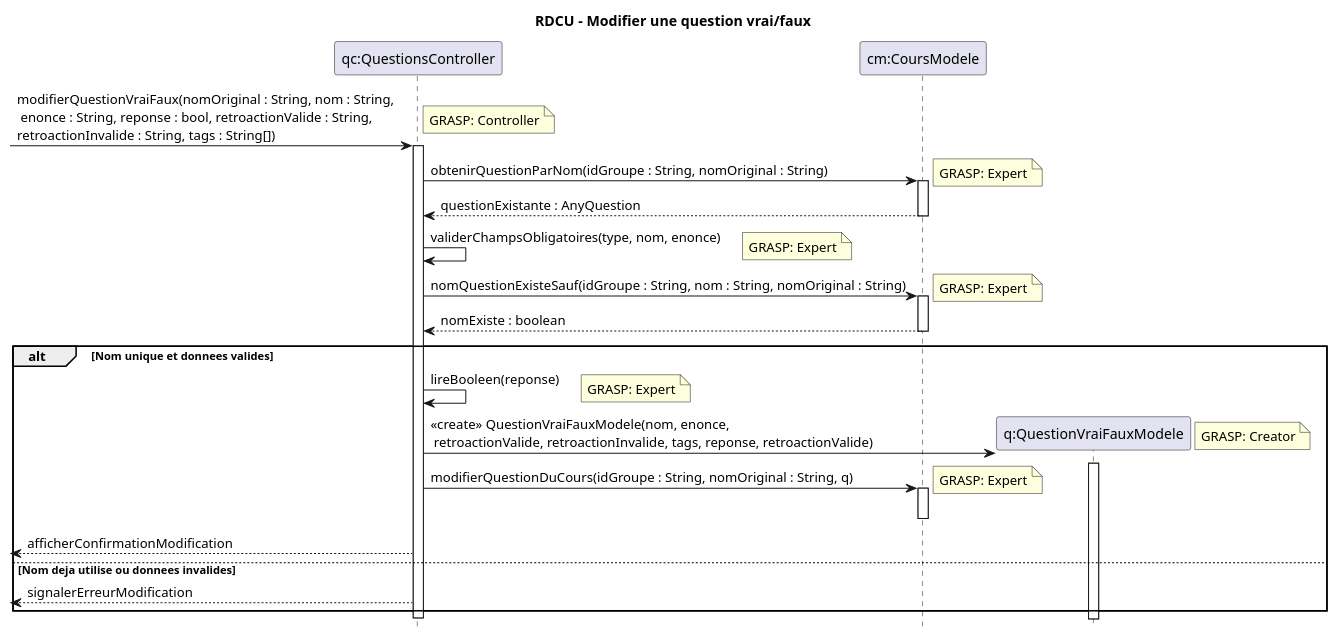
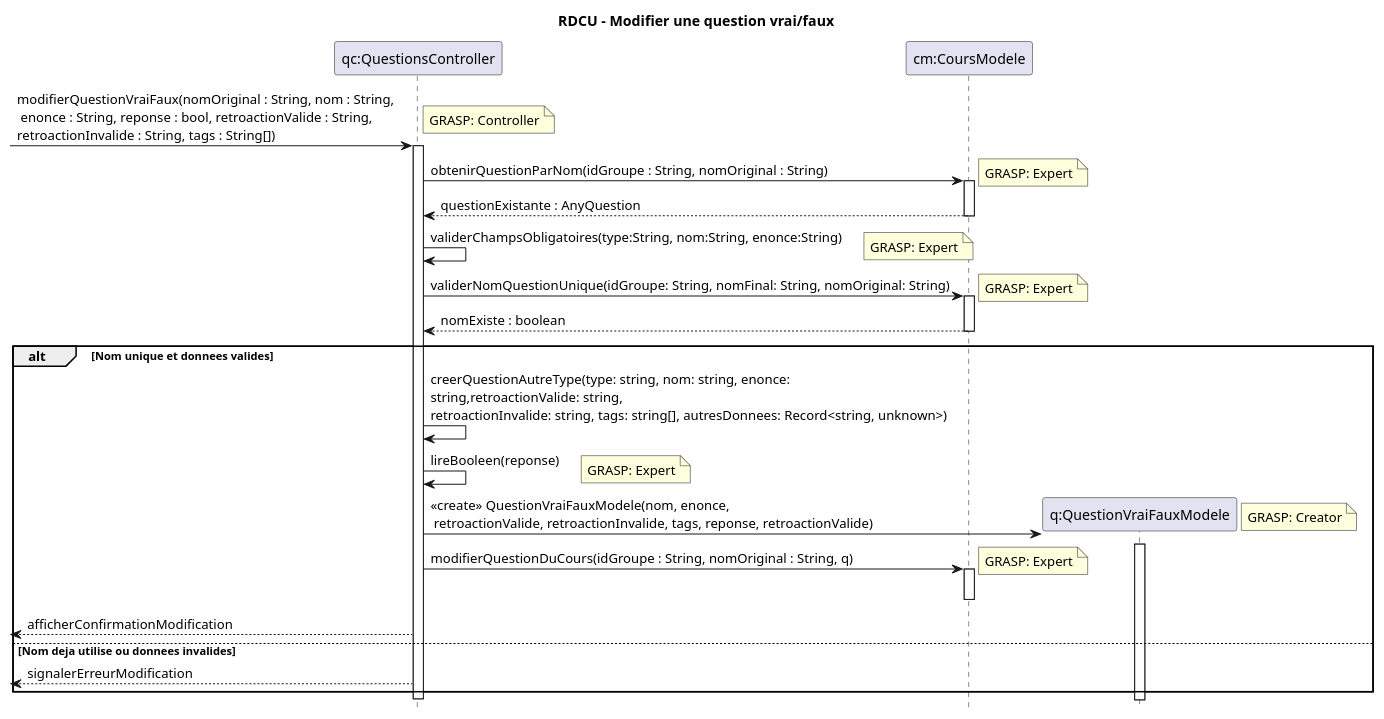
Before and after one commit to xMrYahya/moodle-clone: the diagram in docs/modeles/cu02/rdcu-modifier-question-vrai-faux.puml, drawn with PlantUML. The commit also changed 11 other files, not shown here.

Commit message:
Modifications du rapport et de diagrammes

```diff
--- a/docs/modeles/cu02/rdcu-modifier-question-vrai-faux.puml
+++ b/docs/modeles/cu02/rdcu-modifier-question-vrai-faux.puml
@@ -1,50 +1,53 @@
 @startuml
 hide footbox
 title RDCU - Modifier une question vrai/faux
 
 participant "qc:QuestionsController" as QC
 participant "cm:CoursModele" as CM
 participant "q:QuestionVraiFauxModele" as Q
 
 -> QC : modifierQuestionVraiFaux(nomOriginal : String, nom : String,\n enonce : String, reponse : bool, retroactionValide : String, \nretroactionInvalide : String, tags : String[])
 note right: GRASP: Controller
 activate QC
 
 QC -> CM : obtenirQuestionParNom(idGroupe : String, nomOriginal : String)
 note right: GRASP: Expert
 activate CM
 CM --> QC : questionExistante : AnyQuestion
 deactivate CM
 
-QC -> QC : validerChampsObligatoires(type, nom, enonce)
+QC -> QC : validerChampsObligatoires(type:String, nom:String, enonce:String)
 note right: GRASP: Expert
 
-QC -> CM : nomQuestionExisteSauf(idGroupe : String, nom : String, nomOriginal : String)
+QC -> CM : validerNomQuestionUnique(idGroupe: String, nomFinal: String, nomOriginal: String)
 note right: GRASP: Expert
 activate CM
 CM --> QC : nomExiste : boolean
 deactivate CM
 
 alt Nom unique et donnees valides
+    QC -> QC : creerQuestionAutreType(type: string, nom: string, enonce: \nstring,retroactionValide: string, \nretroactionInvalide: string, tags: string[], autresDonnees: Record<string, unknown>)
+
+
   QC -> QC : lireBooleen(reponse)
   note right: GRASP: Expert
 
   create Q
   QC -> Q : <<create>> QuestionVraiFauxModele(nom, enonce,\n retroactionValide, retroactionInvalide, tags, reponse, retroactionValide)
   note right: GRASP: Creator
   activate Q
   deactivate Q
 
   QC -> CM : modifierQuestionDuCours(idGroupe : String, nomOriginal : String, q)
   note right: GRASP: Expert
   activate CM
   deactivate CM
 
   <-- QC : afficherConfirmationModification
 else Nom deja utilise ou donnees invalides
   <-- QC : signalerErreurModification
 end
 
 deactivate QC
 
 @enduml
```
